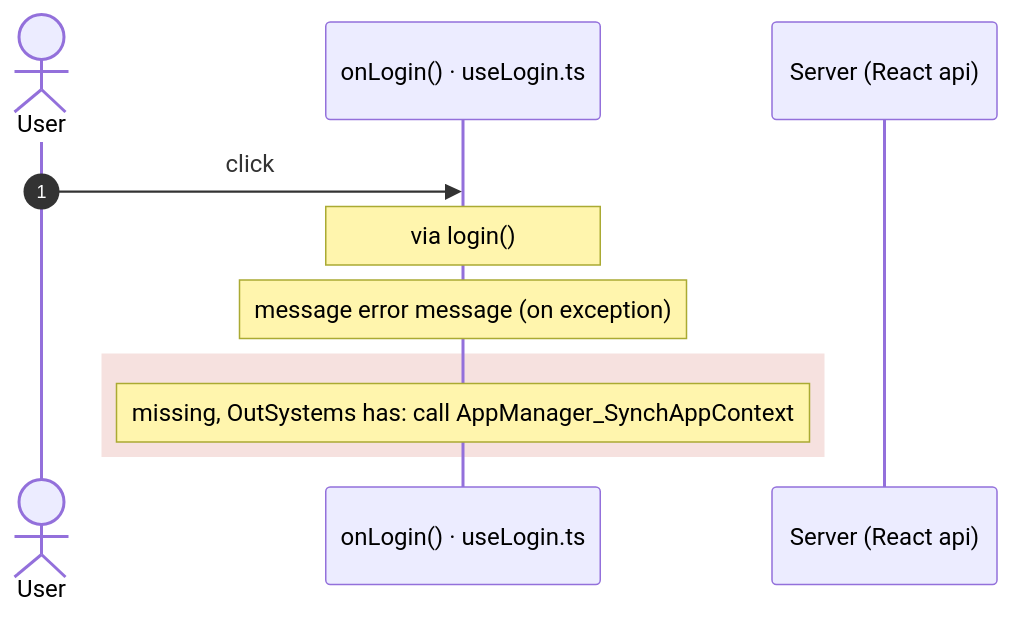
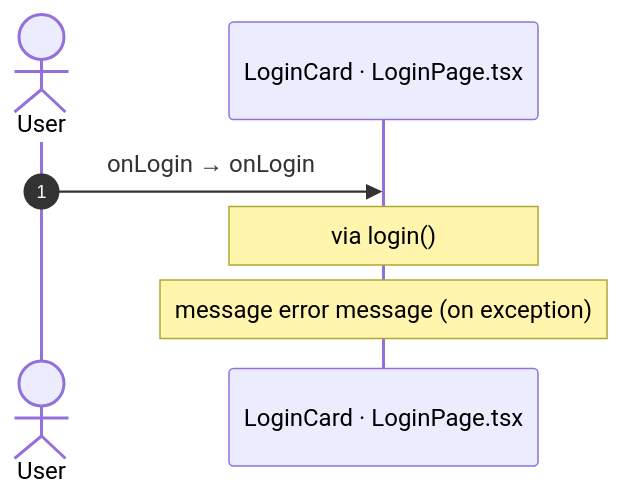
Before and after one commit to Phoenix-DX/connect-new-ui: the fifth of 7 diagrams in migration/route-actions/Login.md, drawn with Mermaid. The commit also changed other lines of this file and 9 other files, not shown here.

Commit message:
route actions: facts only; user actions as two independent lists (OutSystems view bindings, React JSX bindings) with Mermaid sequences; factual call columns (direct caller, chains, React references); app shell by definition (survey shell, main.tsx code); constants read for React paths

````diff
--- a/migration/route-actions/Login.md
+++ b/migration/route-actions/Login.md
@@ -145,13 +187,9 @@
 ```mermaid
 sequenceDiagram
   autonumber
   actor U as User
-  participant H as onLogin() · useLogin.ts
-  participant A as Server (React api)
-  U->>H: click
+  participant H as LoginCard · LoginPage.tsx
+  U->>H: onLogin → onLogin
   Note over H: via login()
   Note over H: message error message (on exception)
-  rect rgba(192, 57, 43, 0.15)
-  Note over H: missing, OutSystems has: call AppManager_SynchAppContext
-  end
 ```
````
